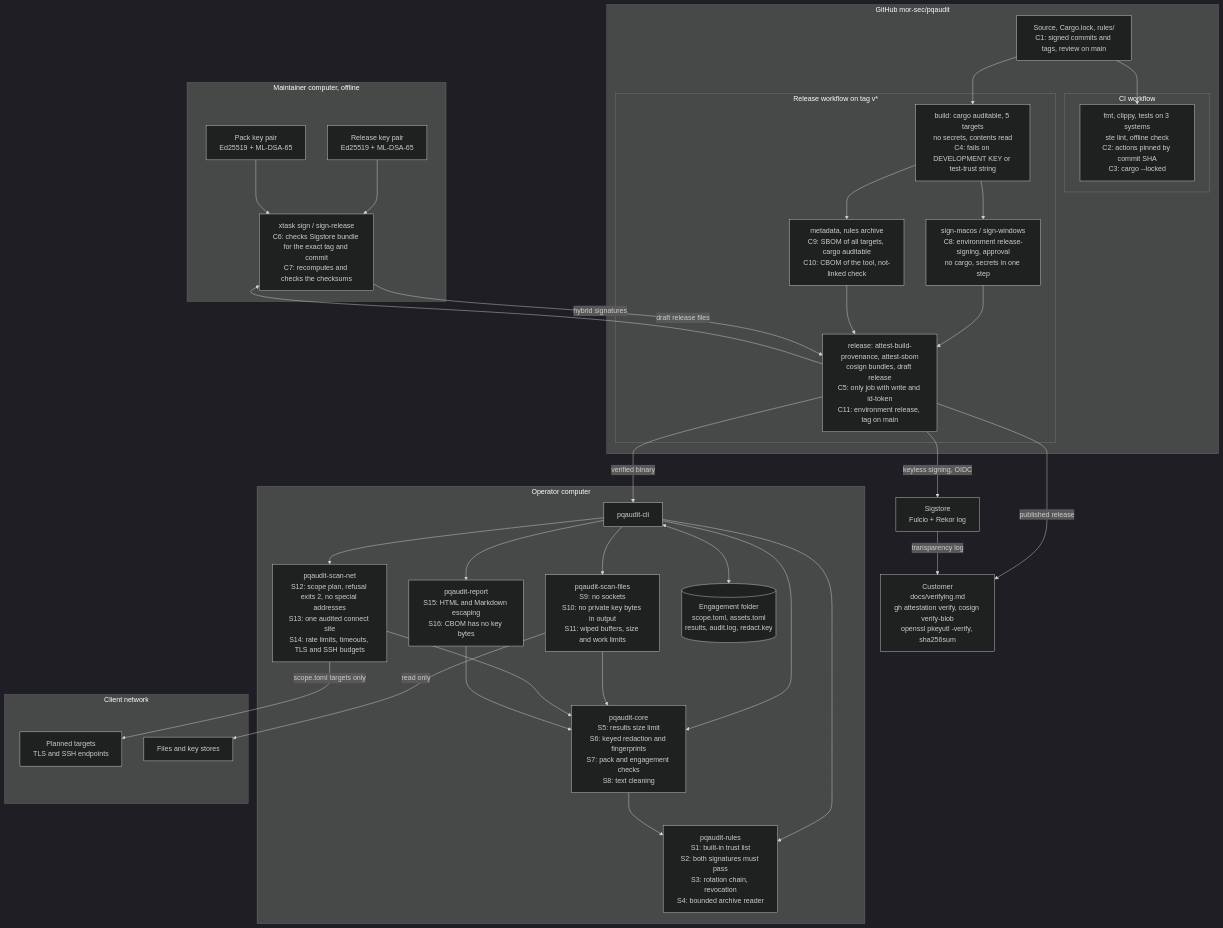
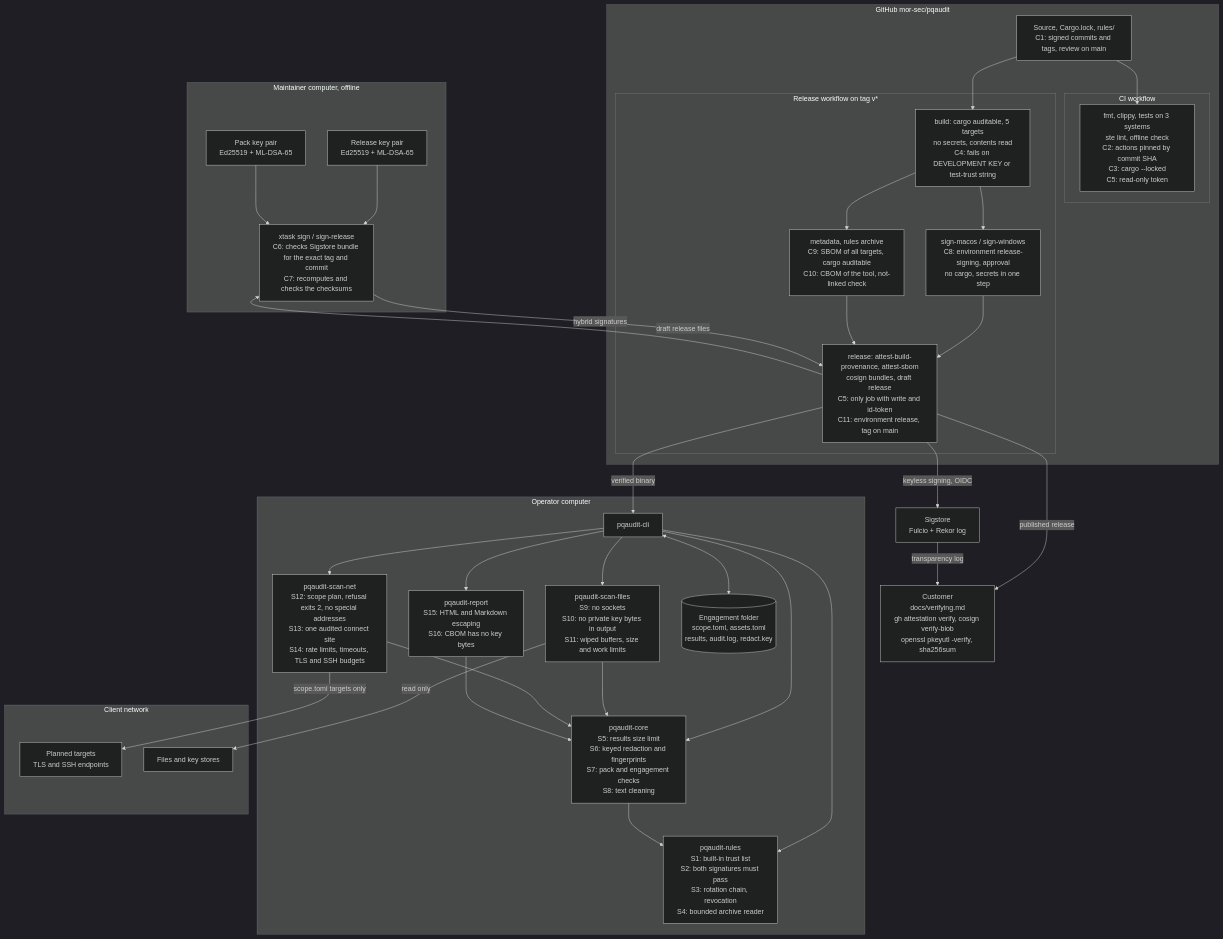
One commit to mor-sec/pqaudit changed the diagram in docs/architecture.md. Above: the diagram before and after it, drawn with Mermaid (dark theme). The commit also changed other lines of this file and 1 other file, not shown here.

First line of the commit message:
Give the CI workflow a read-only token

````diff
--- a/docs/architecture.md
+++ b/docs/architecture.md
@@ -44,67 +44,67 @@
 ```mermaid
 flowchart TB
     subgraph MAINT["Maintainer computer, offline"]
         PK["Pack key pair<br/>Ed25519 + ML-DSA-65"]
         RK["Release key pair<br/>Ed25519 + ML-DSA-65"]
         SIGN["xtask sign / sign-release<br/>C6: checks Sigstore bundle for the exact tag and commit<br/>C7: recomputes and checks the checksums"]
     end
 
     subgraph GH["GitHub mor-sec/pqaudit"]
         SRC["Source, Cargo.lock, rules/<br/>C1: signed commits and tags, review on main"]
         subgraph CI["CI workflow"]
-            CHK["fmt, clippy, tests on 3 systems<br/>ste lint, offline check<br/>C2: actions pinned by commit SHA<br/>C3: cargo --locked"]
+            CHK["fmt, clippy, tests on 3 systems<br/>ste lint, offline check<br/>C2: actions pinned by commit SHA<br/>C3: cargo --locked<br/>C5: read-only token"]
         end
         subgraph REL["Release workflow on tag v*"]
             BUILD["build: cargo auditable, 5 targets<br/>no secrets, contents read<br/>C4: fails on DEVELOPMENT KEY or test-trust string"]
             SGN["sign-macos / sign-windows<br/>C8: environment release-signing, approval<br/>no cargo, secrets in one step"]
             META["metadata, rules archive<br/>C9: SBOM of all targets, cargo auditable<br/>C10: CBOM of the tool, not-linked check"]
             PUB["release: attest-build-provenance, attest-sbom<br/>cosign bundles, draft release<br/>C5: only job with write and id-token<br/>C11: environment release, tag on main"]
         end
     end
 
     SIG["Sigstore<br/>Fulcio + Rekor log"]
     USER["Customer<br/>docs/verifying.md<br/>gh attestation verify, cosign verify-blob<br/>openssl pkeyutl -verify, sha256sum"]
 
     subgraph OP["Operator computer"]
         CLI["pqaudit-cli"]
         RULES["pqaudit-rules<br/>S1: built-in trust list<br/>S2: both signatures must pass<br/>S3: rotation chain, revocation<br/>S4: bounded archive reader"]
         CORE["pqaudit-core<br/>S5: results size limit<br/>S6: keyed redaction and fingerprints<br/>S7: pack and engagement checks<br/>S8: text cleaning"]
         FILES["pqaudit-scan-files<br/>S9: no sockets<br/>S10: no private key bytes in output<br/>S11: wiped buffers, size and work limits"]
         NET["pqaudit-scan-net<br/>S12: scope plan, refusal exits 2, no special addresses<br/>S13: one audited connect site<br/>S14: rate limits, timeouts, TLS and SSH budgets"]
         REP["pqaudit-report<br/>S15: HTML and Markdown escaping<br/>S16: CBOM has no key bytes"]
         ENG[("Engagement folder<br/>scope.toml, assets.toml<br/>results, audit.log, redact.key")]
     end
 
     subgraph CLIENT["Client network"]
         TGT["Planned targets<br/>TLS and SSH endpoints"]
         DISK["Files and key stores"]
     end
 
     SRC --> CHK
     SRC --> BUILD
     BUILD --> SGN
     BUILD --> META
     SGN --> PUB
     META --> PUB
     PUB -- "keyless signing, OIDC" --> SIG
     PUB -- "draft release files" --> SIGN
     RK --> SIGN
     PK --> SIGN
     SIGN -- "hybrid signatures" --> PUB
     PUB -- "published release" --> USER
     SIG -- "transparency log" --> USER
     PUB -- "verified binary" --> CLI
 
     CLI --> RULES
     CLI --> FILES
     CLI --> NET
     CLI --> CORE
     CLI --> REP
     FILES --> CORE
     NET --> CORE
     REP --> CORE
     CORE --> RULES
     CLI <--> ENG
     FILES -- "read only" --> DISK
     NET -- "scope.toml targets only" --> TGT
 ```
````
